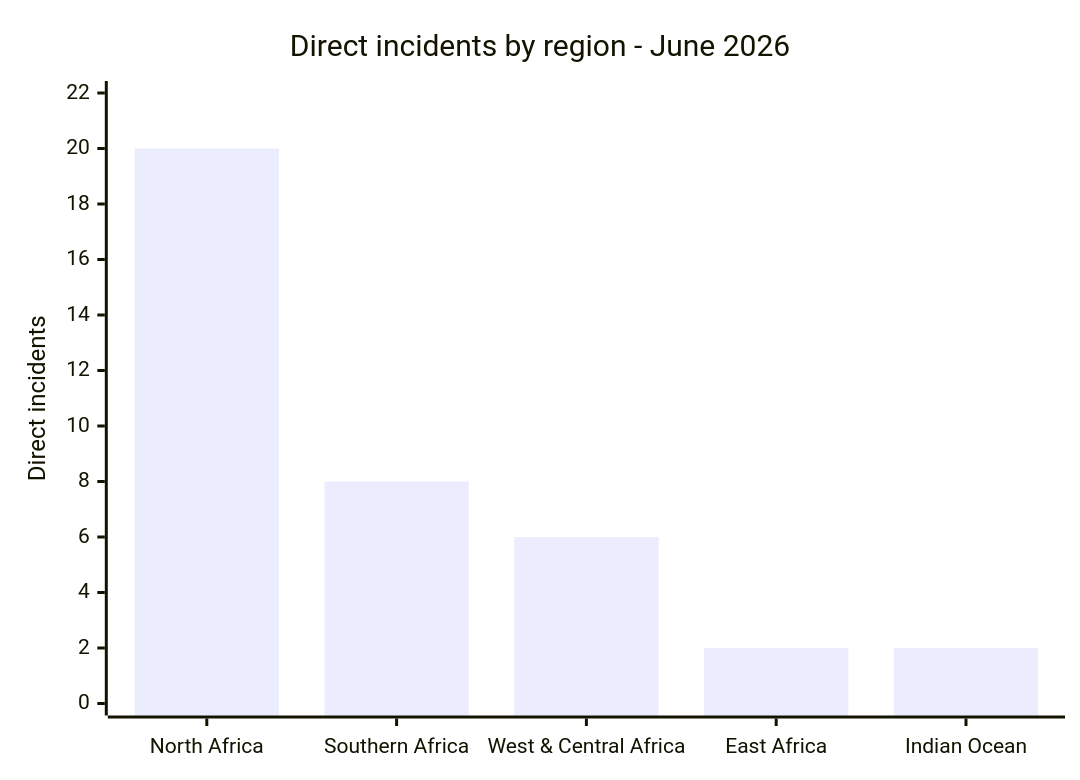
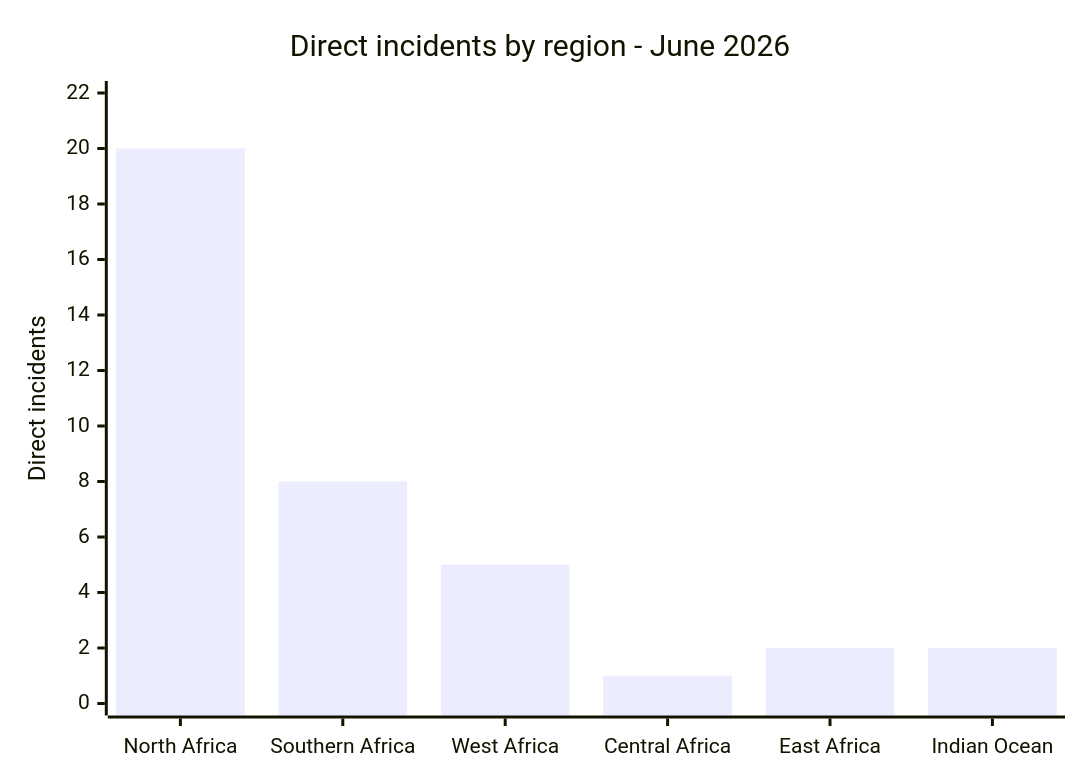
One commit to Hatchepsoute/AFRINTEL changed the fifth of 7 diagrams in statistics/2026/06-june/README.md. Above: the diagram before and after it, drawn with Mermaid. The commit also changed other lines of this file and 109 other files, not shown here.

````diff
--- a/statistics/2026/06-june/README.md
+++ b/statistics/2026/06-june/README.md
@@ -184,7 +185,7 @@
 ```mermaid
-xychart-beta
+xychart
     title "Direct incidents by region - June 2026"
-    x-axis ["North Africa","Southern Africa","West & Central Africa","East Africa","Indian Ocean"]
+    x-axis ["North Africa","Southern Africa","West Africa","Central Africa","East Africa","Indian Ocean"]
     y-axis "Direct incidents" 0 --> 22
-    bar [20,8,6,2,2]
+    bar [20,8,5,1,2,2]
 ```
````
